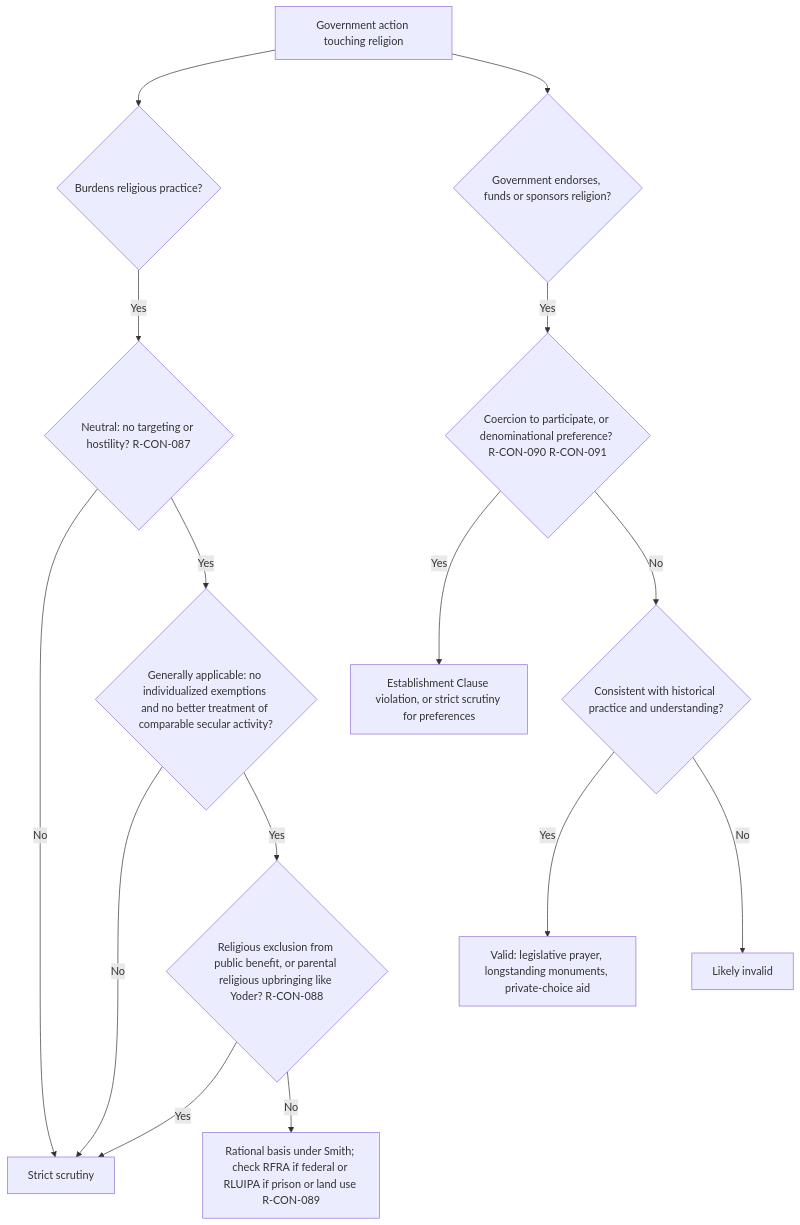
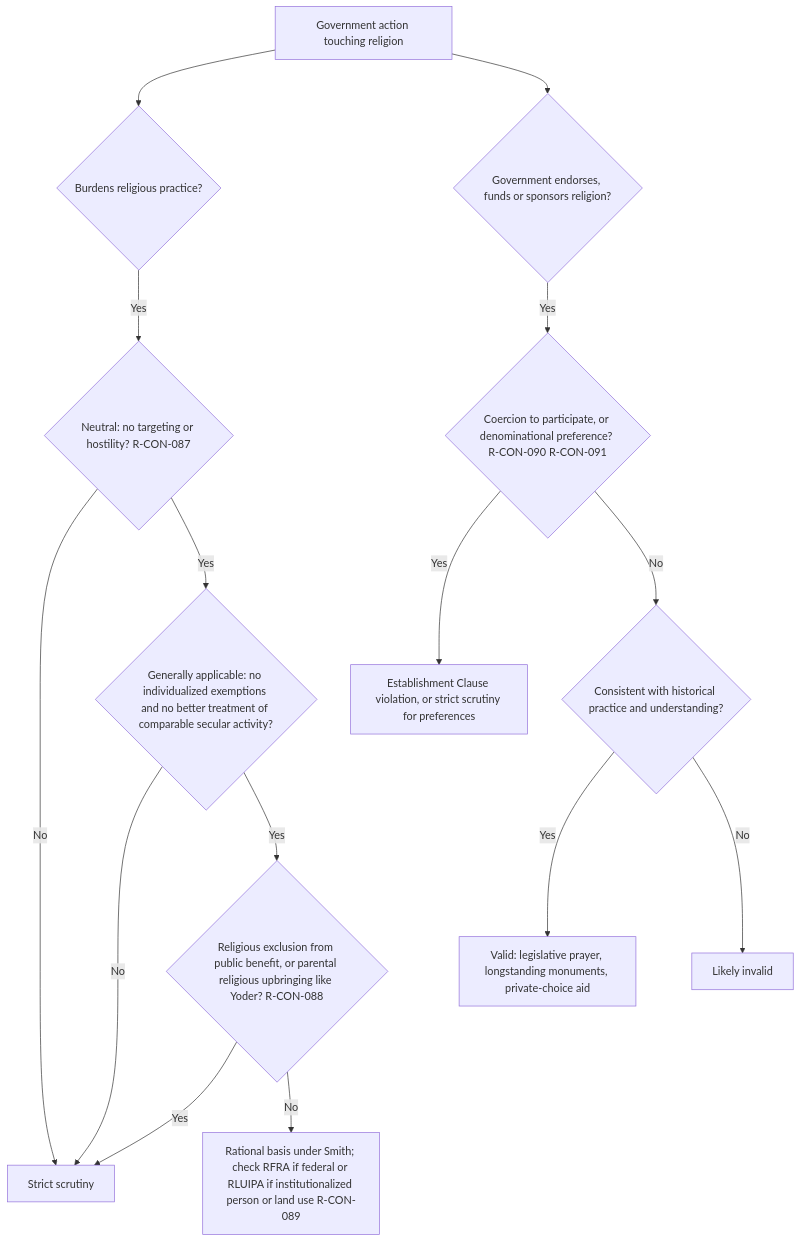
One commit to FrankHuang94/ca-bar-prep-claude changed the seventh of 10 diagrams in 03-subjects/constitutional-law/flowcharts.md. Above: the diagram before and after it, drawn with Mermaid. The commit also changed 23 other files, not shown here.

````diff
--- a/03-subjects/constitutional-law/flowcharts.md
+++ b/03-subjects/constitutional-law/flowcharts.md
@@ -163,17 +163,17 @@
 ```mermaid
 flowchart TD
     A["Government action touching religion"] --> B{"Burdens religious practice?"}
     B -->|Yes| C{"Neutral: no targeting or hostility? R-CON-087"}
     C -->|No| SS["Strict scrutiny"]
     C -->|Yes| D{"Generally applicable: no individualized exemptions and no better treatment of comparable secular activity?"}
     D -->|No| SS
     D -->|Yes| E{"Religious exclusion from public benefit, or parental religious upbringing like Yoder? R-CON-088"}
     E -->|Yes| SS
-    E -->|No| RB["Rational basis under Smith; check RFRA if federal or RLUIPA if prison or land use R-CON-089"]
+    E -->|No| RB["Rational basis under Smith; check RFRA if federal or RLUIPA if institutionalized person or land use R-CON-089"]
     A --> F{"Government endorses, funds or sponsors religion?"}
     F -->|Yes| G{"Coercion to participate, or denominational preference? R-CON-090 R-CON-091"}
     G -->|Yes| X1["Establishment Clause violation, or strict scrutiny for preferences"]
     G -->|No| H{"Consistent with historical practice and understanding?"}
     H -->|Yes| OK["Valid: legislative prayer, longstanding monuments, private-choice aid"]
     H -->|No| X2["Likely invalid"]
 ```
````
